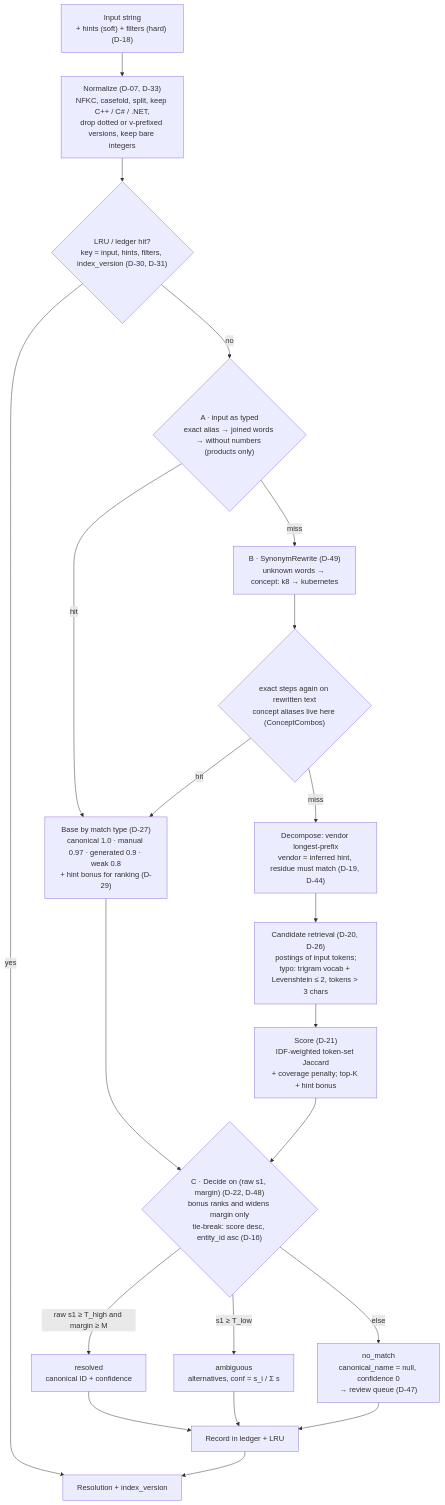
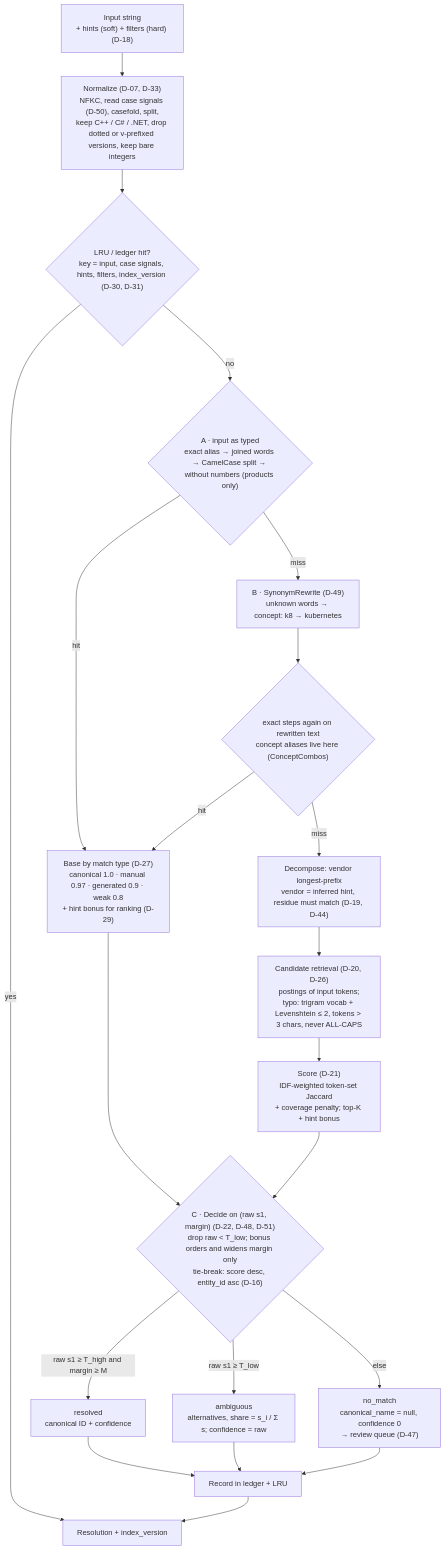
Before and after one commit to ofekisr/technology-entity-disambiguation-challenge: the diagram in challange/docs/resolve-flow.md, drawn with Mermaid. The commit also changed 2 other files, not shown here.

Commit message:
docs: D-50 case signals, D-51 bonus never counts, alias budget numbers
DESIGN.md decision rule, normalization, typos and ledger-key rows;
resolve-flow adds the CamelCase split tier, the ALL-CAPS typo guard and
the raw T_low drop; README counts 38 example cases.

````diff
--- a/challange/docs/resolve-flow.md
+++ b/challange/docs/resolve-flow.md
@@ -6,23 +6,23 @@
 ```mermaid
 flowchart TD
-    IN["Input string<br/>+ hints (soft) + filters (hard) (D-18)"] --> NORM["Normalize (D-07, D-33)<br/>NFKC, casefold, split, keep C++ / C# / .NET,<br/>drop dotted or v-prefixed versions, keep bare integers"]
-    NORM --> CACHE{"LRU / ledger hit?<br/>key = input, hints, filters, index_version (D-30, D-31)"}
+    IN["Input string<br/>+ hints (soft) + filters (hard) (D-18)"] --> NORM["Normalize (D-07, D-33)<br/>NFKC, read case signals (D-50), casefold, split,<br/>keep C++ / C# / .NET, drop dotted or v-prefixed versions, keep bare integers"]
+    NORM --> CACHE{"LRU / ledger hit?<br/>key = input, case signals, hints, filters, index_version (D-30, D-31)"}
     CACHE -->|yes| OUT
-    CACHE -->|no| EXACT{"A · input as typed<br/>exact alias → joined words → without numbers (products only)"}
+    CACHE -->|no| EXACT{"A · input as typed<br/>exact alias → joined words → CamelCase split → without numbers (products only)"}
     EXACT -->|hit| BASE["Base by match type (D-27)<br/>canonical 1.0 · manual 0.97 · generated 0.9 · weak 0.8<br/>+ hint bonus for ranking (D-29)"]
     EXACT -->|miss| SYN["B · SynonymRewrite (D-49)<br/>unknown words → concept: k8 → kubernetes"]
     SYN --> EXACT2{"exact steps again on rewritten text<br/>concept aliases live here (ConceptCombos)"}
     EXACT2 -->|hit| BASE
     EXACT2 -->|miss| DEC["Decompose: vendor longest-prefix<br/>vendor = inferred hint, residue must match (D-19, D-44)"]
-    DEC --> CAND["Candidate retrieval (D-20, D-26)<br/>postings of input tokens;<br/>typo: trigram vocab + Levenshtein ≤ 2, tokens > 3 chars"]
+    DEC --> CAND["Candidate retrieval (D-20, D-26)<br/>postings of input tokens;<br/>typo: trigram vocab + Levenshtein ≤ 2, tokens > 3 chars, never ALL-CAPS"]
     CAND --> SCORE["Score (D-21)<br/>IDF-weighted token-set Jaccard<br/>+ coverage penalty; top-K + hint bonus"]
     BASE --> DECIDE
-    SCORE --> DECIDE{"C · Decide on (raw s1, margin) (D-22, D-48)<br/>bonus ranks and widens margin only<br/>tie-break: score desc, entity_id asc (D-16)"}
+    SCORE --> DECIDE{"C · Decide on (raw s1, margin) (D-22, D-48, D-51)<br/>drop raw < T_low; bonus orders and widens margin only<br/>tie-break: score desc, entity_id asc (D-16)"}
     DECIDE -->|"raw s1 ≥ T_high and margin ≥ M"| RESOLVED["resolved<br/>canonical ID + confidence"]
-    DECIDE -->|"s1 ≥ T_low"| AMB["ambiguous<br/>alternatives, conf = s_i / Σ s"]
+    DECIDE -->|"raw s1 ≥ T_low"| AMB["ambiguous<br/>alternatives, share = s_i / Σ s; confidence = raw"]
     DECIDE -->|"else"| NOM["no_match<br/>canonical_name = null, confidence 0<br/>→ review queue (D-47)"]
     RESOLVED --> REC["Record in ledger + LRU"]
     AMB --> REC
     NOM --> REC
     REC --> OUT["Resolution + index_version"]
 ```
````
